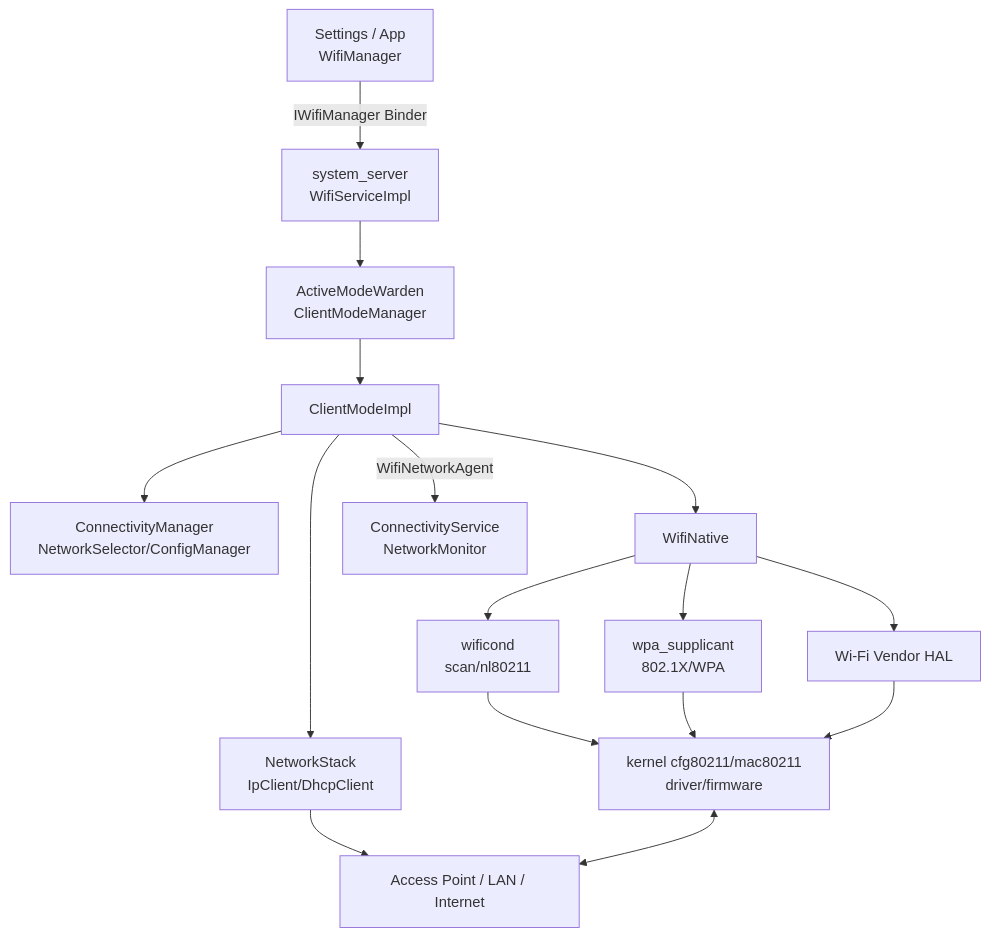
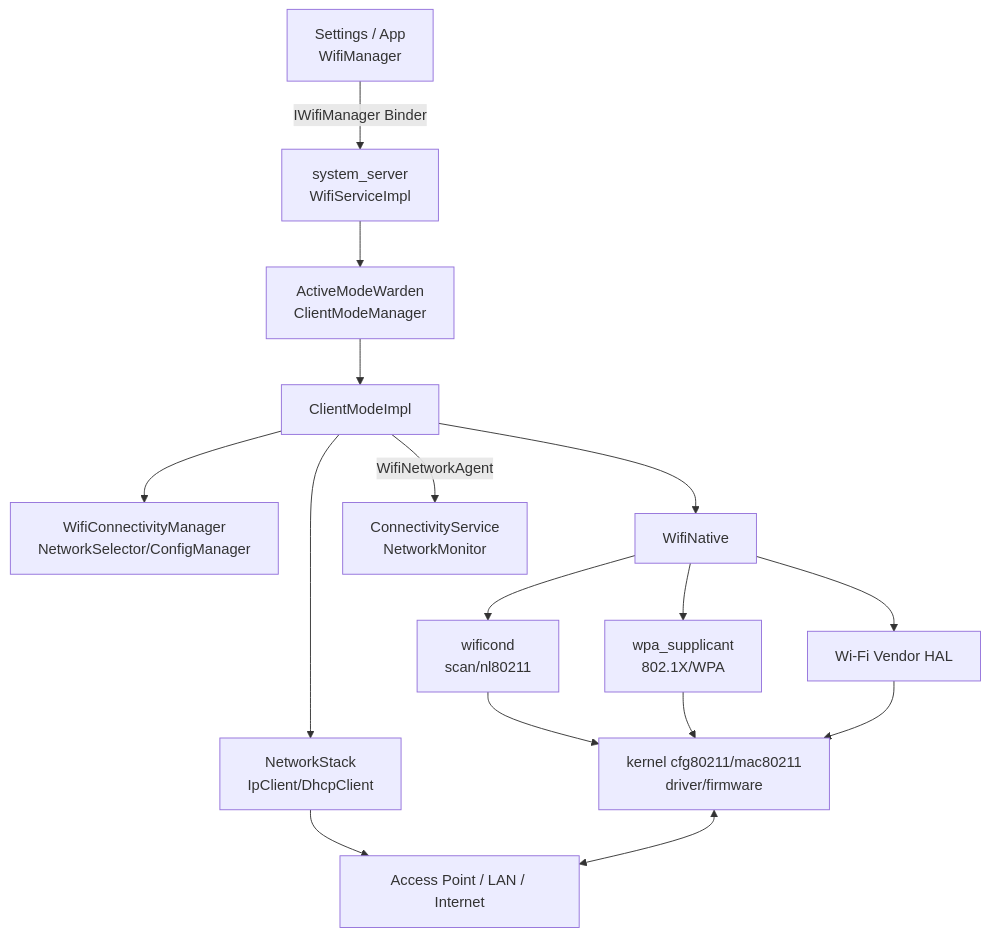
One commit to junyingzhao001/StudyNotes changed the first of 4 diagrams in Android源码学习/37-AndroidWiFi系统WifiService与ClientModeImpl.md. Above: the diagram before and after it, drawn with Mermaid. The commit also changed other lines of this file and 617 other files, not shown here.

````diff
--- a/Android源码学习/37-AndroidWiFi系统WifiService与ClientModeImpl.md
+++ b/Android源码学习/37-AndroidWiFi系统WifiService与ClientModeImpl.md
@@ -25,26 +25,26 @@
 ```mermaid
 flowchart TB
     APP["Settings / App\nWifiManager"]
     WS["system_server\nWifiServiceImpl"]
     AMW["ActiveModeWarden\nClientModeManager"]
     CMI["ClientModeImpl"]
-    SEL["ConnectivityManager\nNetworkSelector/ConfigManager"]
+    SEL["WifiConnectivityManager\nNetworkSelector/ConfigManager"]
     NAT["WifiNative"]
     WC["wificond\nscan/nl80211"]
     SUP["wpa_supplicant\n802.1X/WPA"]
     VHAL["Wi-Fi Vendor HAL"]
     DRV["kernel cfg80211/mac80211\ndriver/firmware"]
     IPC["NetworkStack\nIpClient/DhcpClient"]
     CS["ConnectivityService\nNetworkMonitor"]
     AP["Access Point / LAN / Internet"]
 
     APP -->|IWifiManager Binder| WS --> AMW --> CMI
     CMI --> SEL
     CMI --> NAT
     NAT --> WC --> DRV
     NAT --> SUP --> DRV
     NAT --> VHAL --> DRV
     CMI --> IPC --> AP
     CMI -->|WifiNetworkAgent| CS
     DRV <--> AP
 ```
````
